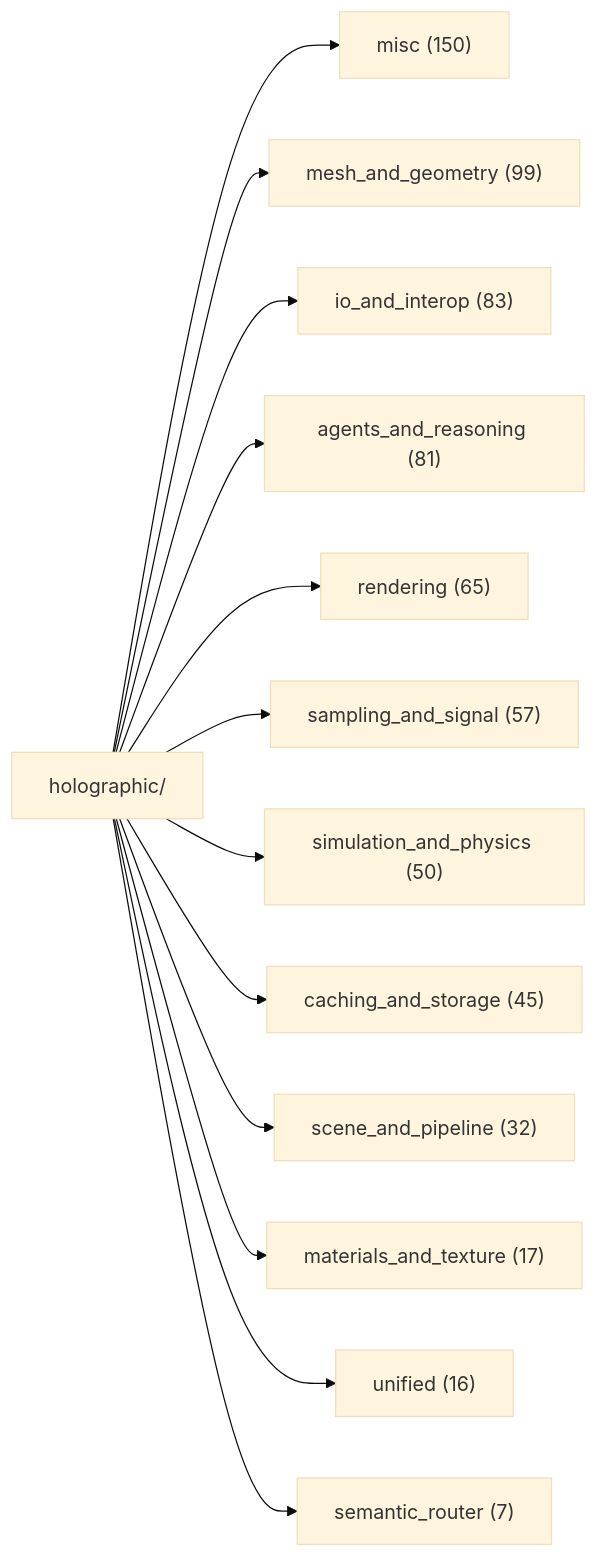
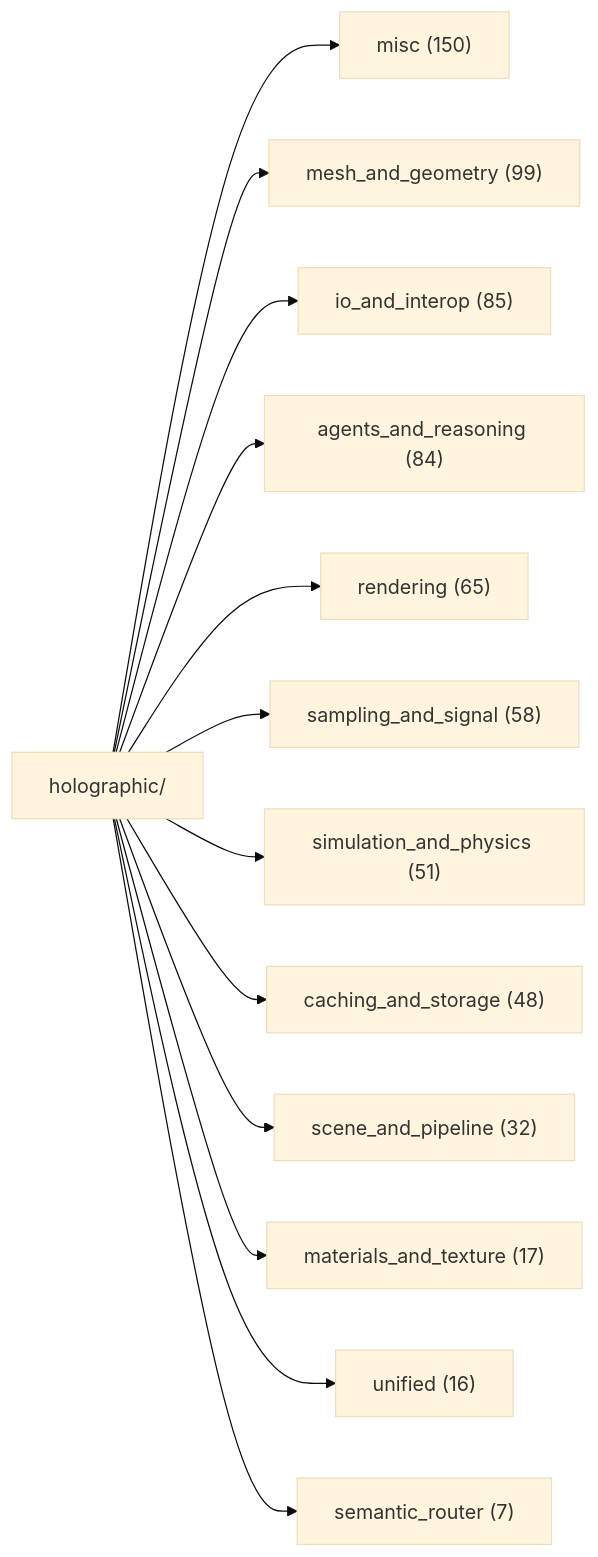
Before and after one commit to AnOversizedMooseWithSocks/leCore: the first of 2 diagrams in docs/DOC_MAP.md, drawn with Mermaid (base theme). The commit also changed other lines of this file and 60 other files, not shown here.

````diff
--- a/docs/DOC_MAP.md
+++ b/docs/DOC_MAP.md
@@ -35,16 +35,16 @@
 ```mermaid
 graph LR
     H[holographic/]
     H --> misc["misc (150)"]
     H --> mesh["mesh_and_geometry (99)"]
-    H --> io_a["io_and_interop (83)"]
-    H --> agen["agents_and_reasoning (81)"]
+    H --> io_a["io_and_interop (85)"]
+    H --> agen["agents_and_reasoning (84)"]
     H --> rend["rendering (65)"]
-    H --> samp["sampling_and_signal (57)"]
-    H --> simu["simulation_and_physics (50)"]
-    H --> cach["caching_and_storage (45)"]
+    H --> samp["sampling_and_signal (58)"]
+    H --> simu["simulation_and_physics (51)"]
+    H --> cach["caching_and_storage (48)"]
     H --> scen["scene_and_pipeline (32)"]
     H --> mate["materials_and_texture (17)"]
     H --> unif["unified (16)"]
     H --> sema["semantic_router (7)"]
 ```
````
